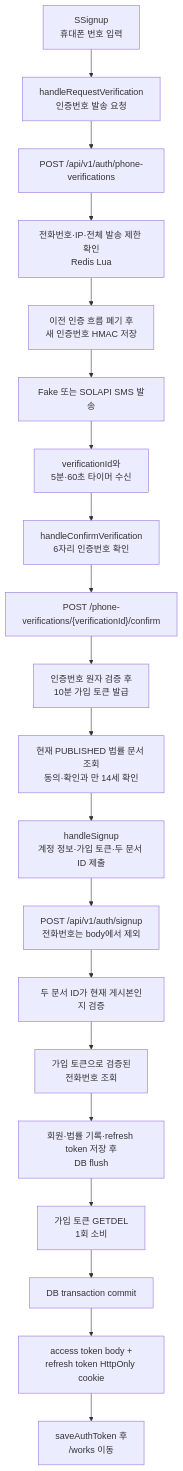
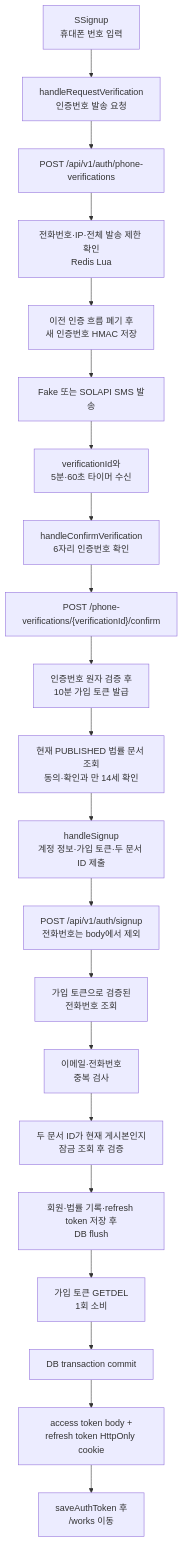
The first of 4 diagrams in docs/signup-workflow.md (catchhole-soma/catchhole-backend-java), drawn with Mermaid before and after one commit. The commit also changed other lines of this file, not shown here.

Commit message:
docs(auth): 가입 검증 순서와 잠금 경계 반영
- 개요 흐름을 가입 토큰 조회와 이메일·전화번호 중복 검사 뒤 법률 문서를 검증하는 실제 오류 우선순위로 맞춘다.

- 상세 시퀀스에 현재 게시본의 PESSIMISTIC_READ 조회와 가입 커밋까지 유지되는 잠금 범위를 기록한다.

- 실행 코드와 테스트는 앞선 fix(legal) 커밋에 두고 워크플로우 설명만 별도 문서 커밋으로 분리한다.

````diff
--- a/docs/signup-workflow.md
+++ b/docs/signup-workflow.md
@@ -26,22 +26,23 @@
 ```mermaid
 flowchart TD
     A["SSignup<br/>휴대폰 번호 입력"] --> B["handleRequestVerification<br/>인증번호 발송 요청"]
     B --> C["POST /api/v1/auth/phone-verifications"]
     C --> D["전화번호·IP·전체 발송 제한 확인<br/>Redis Lua"]
     D --> E["이전 인증 흐름 폐기 후<br/>새 인증번호 HMAC 저장"]
     E --> F["Fake 또는 SOLAPI SMS 발송"]
     F --> G["verificationId와<br/>5분·60초 타이머 수신"]
     G --> H["handleConfirmVerification<br/>6자리 인증번호 확인"]
     H --> I["POST /phone-verifications/{verificationId}/confirm"]
     I --> J["인증번호 원자 검증 후<br/>10분 가입 토큰 발급"]
     J --> K["현재 PUBLISHED 법률 문서 조회<br/>동의·확인과 만 14세 확인"]
     K --> L["handleSignup<br/>계정 정보·가입 토큰·두 문서 ID 제출"]
     L --> M["POST /api/v1/auth/signup<br/>전화번호는 body에서 제외"]
-    M --> N["두 문서 ID가 현재 게시본인지 검증"]
-    N --> O["가입 토큰으로 검증된<br/>전화번호 조회"]
-    O --> P["회원·법률 기록·refresh token 저장 후<br/>DB flush"]
-    P --> Q["가입 토큰 GETDEL<br/>1회 소비"]
-    Q --> R["DB transaction commit"]
-    R --> S["access token body +<br/>refresh token HttpOnly cookie"]
-    S --> T["saveAuthToken 후<br/>/works 이동"]
+    M --> N["가입 토큰으로 검증된<br/>전화번호 조회"]
+    N --> O["이메일·전화번호<br/>중복 검사"]
+    O --> P["두 문서 ID가 현재 게시본인지<br/>잠금 조회 후 검증"]
+    P --> Q["회원·법률 기록·refresh token 저장 후<br/>DB flush"]
+    Q --> R["가입 토큰 GETDEL<br/>1회 소비"]
+    R --> S["DB transaction commit"]
+    S --> T["access token body +<br/>refresh token HttpOnly cookie"]
+    T --> U["saveAuthToken 후<br/>/works 이동"]
 ```
````
